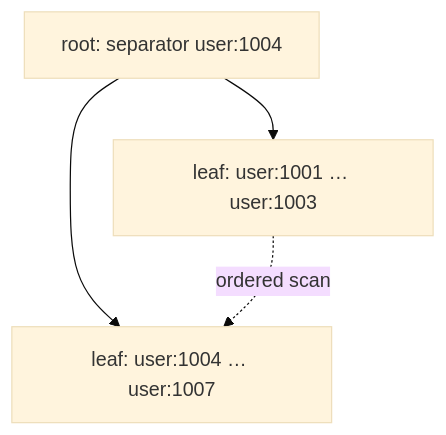
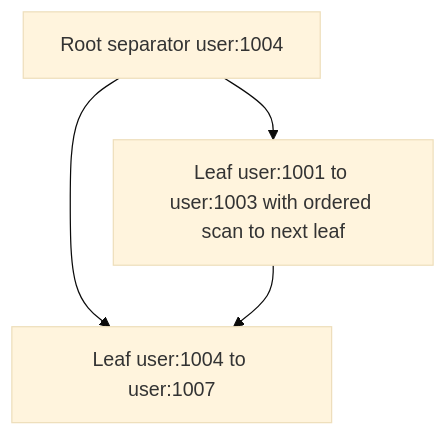
One commit to JakubOdyssey/AtlasDB changed the second of 3 diagrams in README.md. Above: the diagram before and after it, drawn with Mermaid (base theme). The commit also changed other lines of this file and 4 other files, not shown here.

Commit message:
Simplify Mermaid diagrams for GitHub rendering

````diff
--- a/README.md
+++ b/README.md
@@ -79,6 +88,9 @@
 ```mermaid
 flowchart TD
-    R["root: separator user:1004"] --> L["leaf: user:1001 … user:1003"]
-    R --> Q["leaf: user:1004 … user:1007"]
-    L -. ordered scan .-> Q
+    A["Root separator user:1004"]
+    B["Leaf user:1001 to user:1003 with ordered scan to next leaf"]
+    C["Leaf user:1004 to user:1007"]
+    A --> B
+    A --> C
+    B --> C
 ```
````
